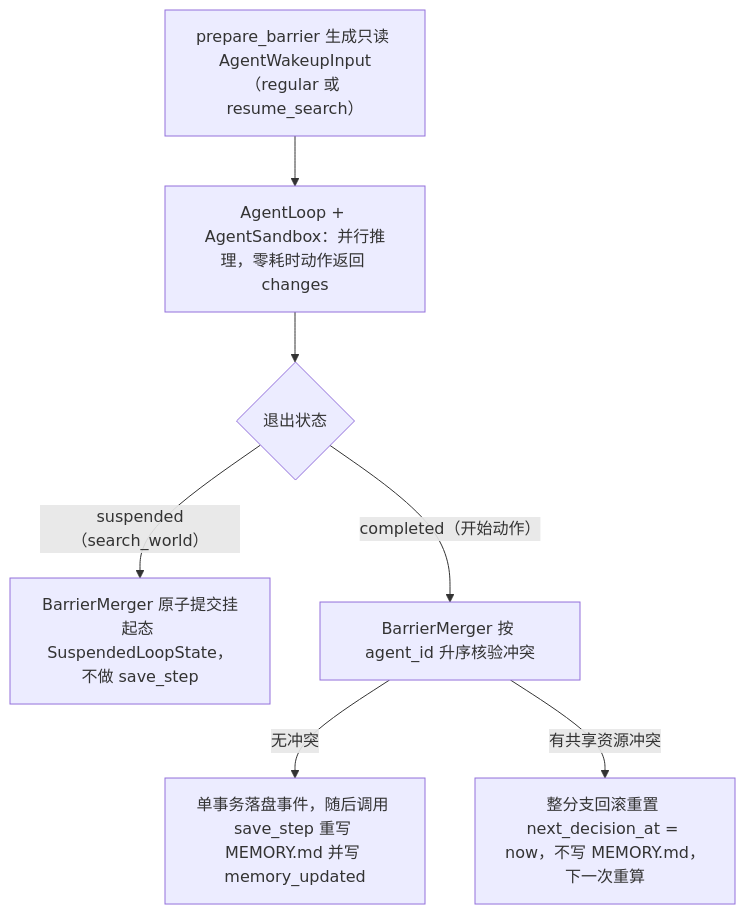
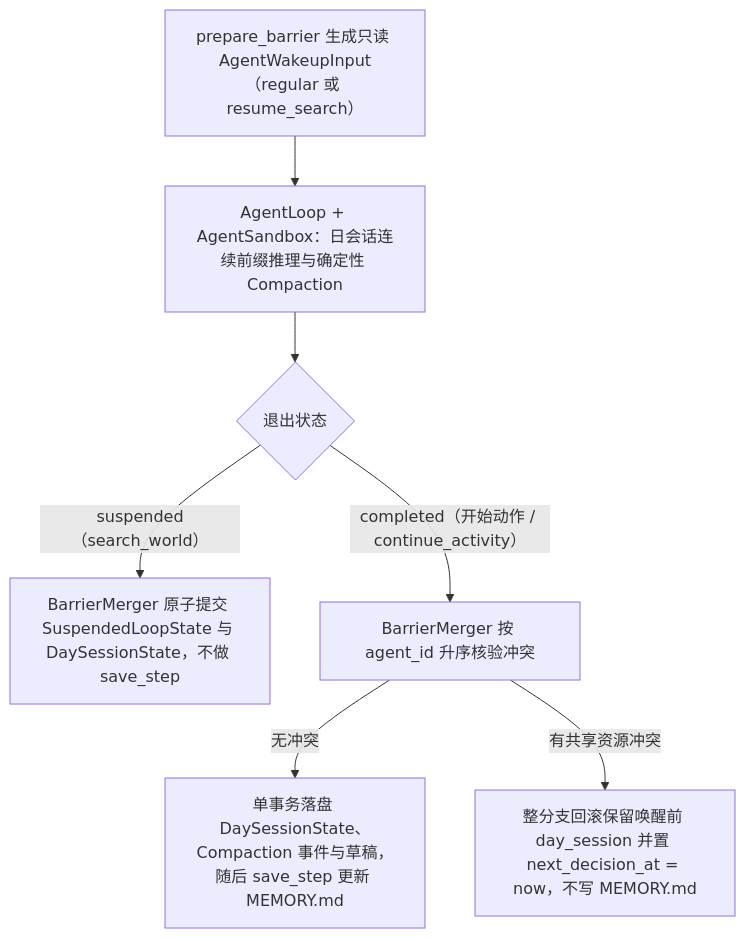
One commit to HoldThatThgt/WorldMock changed the second of 3 diagrams in docs/design/06-agent.md. Above: the diagram before and after it, drawn with Mermaid. The commit also changed other lines of this file and 180 other files, not shown here.

Commit message:
Implement day session incremental observation and prefix cache optimization

````diff
--- a/docs/design/06-agent.md
+++ b/docs/design/06-agent.md
@@ -900,9 +905,9 @@
 ```mermaid
 flowchart TD
-    Prepare["prepare_barrier 生成只读 AgentWakeupInput（regular 或 resume_search）"] --> Loop["AgentLoop + AgentSandbox：并行推理，零耗时动作返回 changes"]
+    Prepare["prepare_barrier 生成只读 AgentWakeupInput（regular 或 resume_search）"] --> Loop["AgentLoop + AgentSandbox：日会话连续前缀推理与确定性 Compaction"]
     Loop --> Outcome{"退出状态"}
-    Outcome -->|"suspended（search_world）"| CommitSuspend["BarrierMerger 原子提交挂起态 SuspendedLoopState，不做 save_step"]
-    Outcome -->|"completed（开始动作）"| MergeCheck["BarrierMerger 按 agent_id 升序核验冲突"]
-    MergeCheck -->|"无冲突"| Commit["单事务落盘事件，随后调用 save_step 重写 MEMORY.md 并写 memory_updated"]
-    MergeCheck -->|"有共享资源冲突"| Rollback["整分支回滚重置 next_decision_at = now，不写 MEMORY.md，下一次重算"]
+    Outcome -->|"suspended（search_world）"| CommitSuspend["BarrierMerger 原子提交 SuspendedLoopState 与 DaySessionState，不做 save_step"]
+    Outcome -->|"completed（开始动作 / continue_activity）"| MergeCheck["BarrierMerger 按 agent_id 升序核验冲突"]
+    MergeCheck -->|"无冲突"| Commit["单事务落盘 DaySessionState、Compaction 事件与草稿，随后 save_step 更新 MEMORY.md"]
+    MergeCheck -->|"有共享资源冲突"| Rollback["整分支回滚保留唤醒前 day_session 并置 next_decision_at = now，不写 MEMORY.md"]
 ```
````
